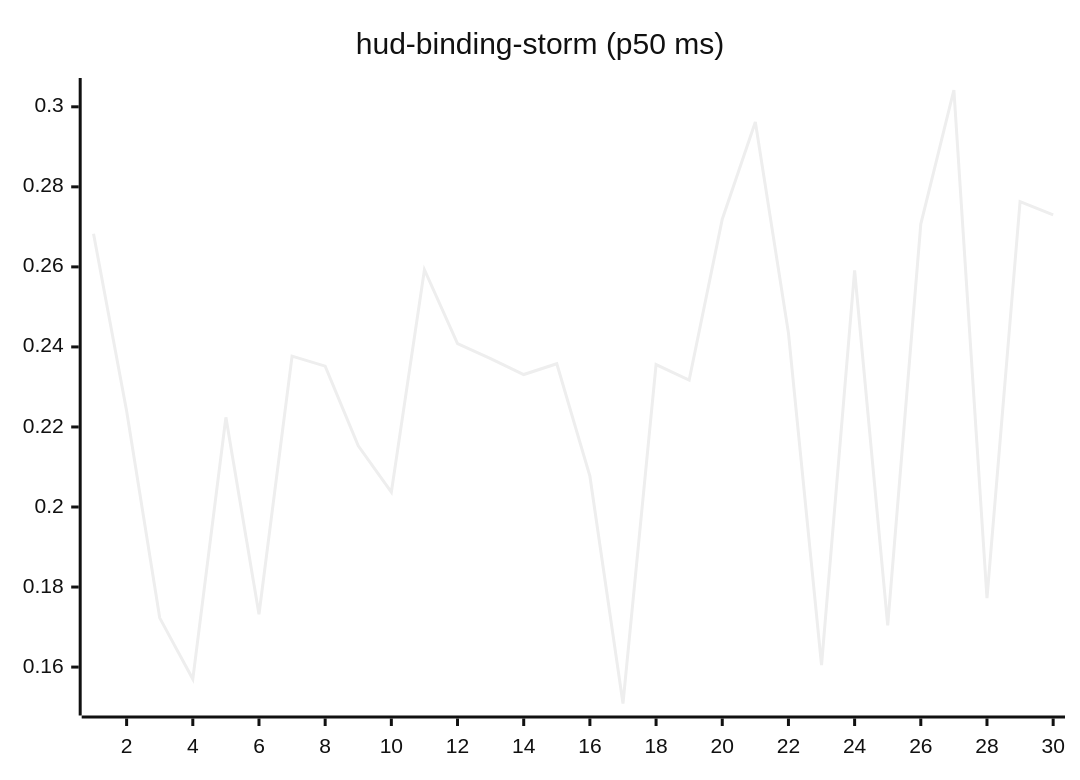
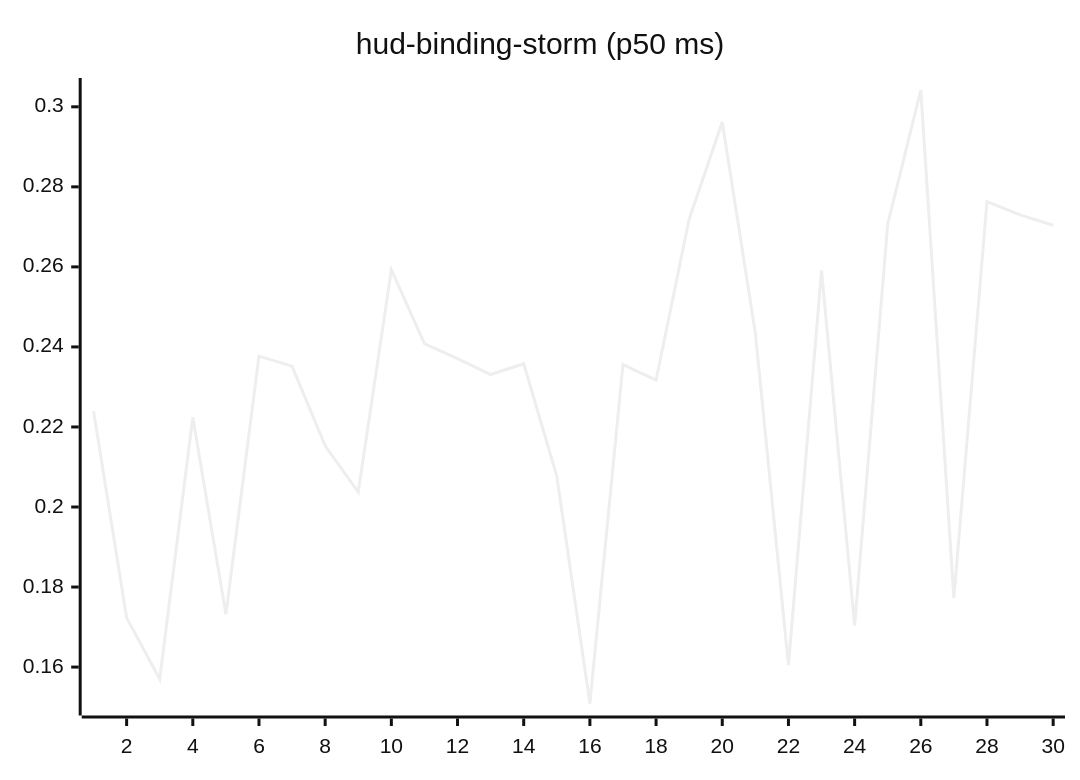
Before and after one commit to josha/Facet: the tenth of 27 diagrams in README.md, drawn with Mermaid (neutral theme). The commit also changed other lines of this file and 2 other files, not shown here.

````diff
--- a/README.md
+++ b/README.md
@@ -126,6 +126,6 @@
 ```mermaid
 xychart-beta
     title "hud-binding-storm (p50 ms)"
     x-axis 1 --> 30
-    line [0.2683, 0.2240, 0.1723, 0.1570, 0.2224, 0.1732, 0.2377, 0.2352, 0.2153, 0.2037, 0.2593, 0.2408, 0.2371, 0.2331, 0.2358, 0.2077, 0.1509, 0.2356, 0.2317, 0.2719, 0.2962, 0.2435, 0.1605, 0.2591, 0.1704, 0.2707, 0.3042, 0.1772, 0.2763, 0.2730]
+    line [0.2240, 0.1723, 0.1570, 0.2224, 0.1732, 0.2377, 0.2352, 0.2153, 0.2037, 0.2593, 0.2408, 0.2371, 0.2331, 0.2358, 0.2077, 0.1509, 0.2356, 0.2317, 0.2719, 0.2962, 0.2435, 0.1605, 0.2591, 0.1704, 0.2707, 0.3042, 0.1772, 0.2763, 0.2730, 0.2704]
 ```
````
